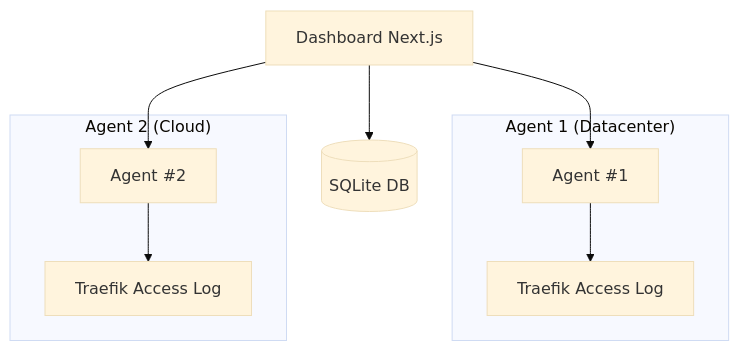
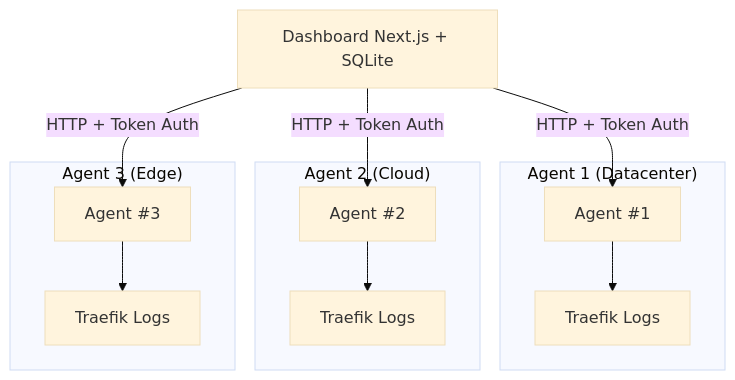
One commit to Pallavikumarimdb/traefik-log-dashboard changed the diagram in docs/content/docs/index.mdx. Above: the diagram before and after it, drawn with Mermaid (base theme). The commit also changed other lines of this file and 52 other files, not shown here.

````diff
--- a/docs/content/docs/index.mdx
+++ b/docs/content/docs/index.mdx
@@ -38,21 +70,26 @@
 ```mermaid
 graph TD
-    Dashboard[Dashboard Next.js]
-    DB[(SQLite DB)]
-    Dashboard --> DB
-    
+    Dashboard[Dashboard Next.js + SQLite]
+
     subgraph "Agent 1 (Datacenter)"
         Agent1[Agent #1]
-        Traefik1[Traefik Access Log]
+        Traefik1[Traefik Logs]
         Agent1 --> Traefik1
     end
 
     subgraph "Agent 2 (Cloud)"
         Agent2[Agent #2]
-        Traefik2[Traefik Access Log]
+        Traefik2[Traefik Logs]
         Agent2 --> Traefik2
     end
-    
-    Dashboard --> Agent1
-    Dashboard --> Agent2
+
+    subgraph "Agent 3 (Edge)"
+        Agent3[Agent #3]
+        Traefik3[Traefik Logs]
+        Agent3 --> Traefik3
+    end
+
+    Dashboard -->|HTTP + Token Auth| Agent1
+    Dashboard -->|HTTP + Token Auth| Agent2
+    Dashboard -->|HTTP + Token Auth| Agent3
 ```
````
